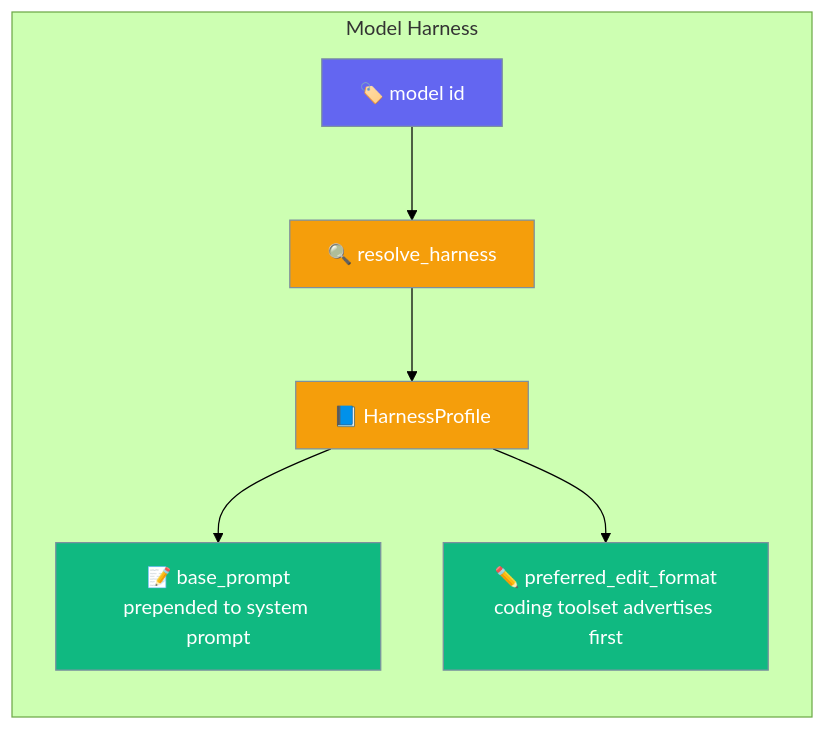
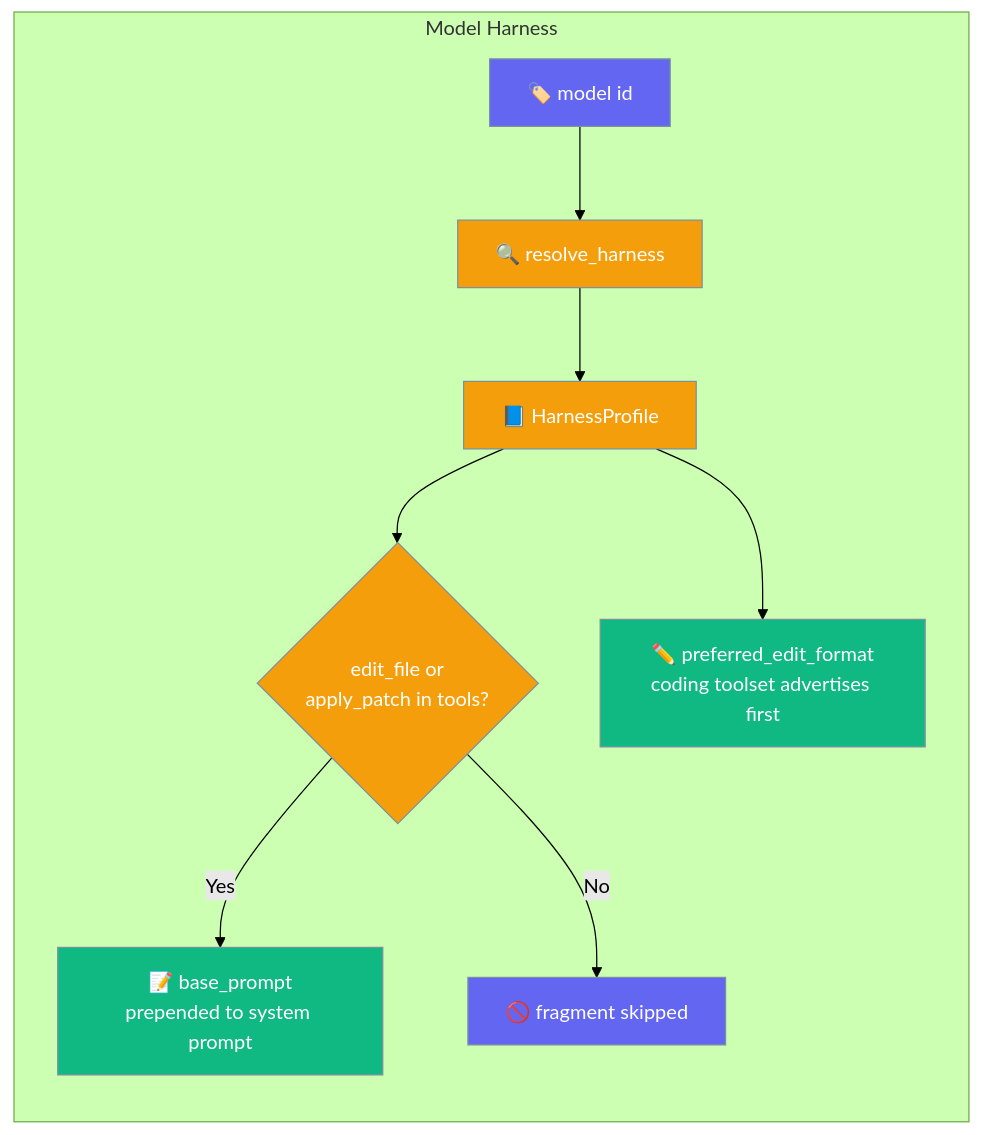
Before and after one commit to MervinPraison/PraisonAIDocs: the first of 3 diagrams in docs/features/model-harness.mdx, drawn with Mermaid (forest theme). The commit also changed other lines of this file and 1 other file, not shown here.

````diff
--- a/docs/features/model-harness.mdx
+++ b/docs/features/model-harness.mdx
@@ -29,17 +29,21 @@
 ```mermaid
 graph LR
     subgraph "Model Harness"
         M[🏷️ model id] --> R[🔍 resolve_harness]
         R --> P[📘 HarnessProfile]
-        P --> B[📝 base_prompt<br/>prepended to system prompt]
+        P --> HasEdit{edit_file or<br/>apply_patch in tools?}
+        HasEdit -->|Yes| B[📝 base_prompt<br/>prepended to system prompt]
+        HasEdit -->|No| Skip[🚫 fragment skipped]
         P --> E[✏️ preferred_edit_format<br/>coding toolset advertises first]
     end
 
     classDef input fill:#6366F1,stroke:#7C90A0,color:#fff
     classDef process fill:#F59E0B,stroke:#7C90A0,color:#fff
     classDef result fill:#10B981,stroke:#7C90A0,color:#fff
+    classDef skip fill:#6366F1,stroke:#7C90A0,color:#fff
 
     class M input
-    class R,P process
+    class R,P,HasEdit process
     class B,E result
+    class Skip skip
 ```
````
